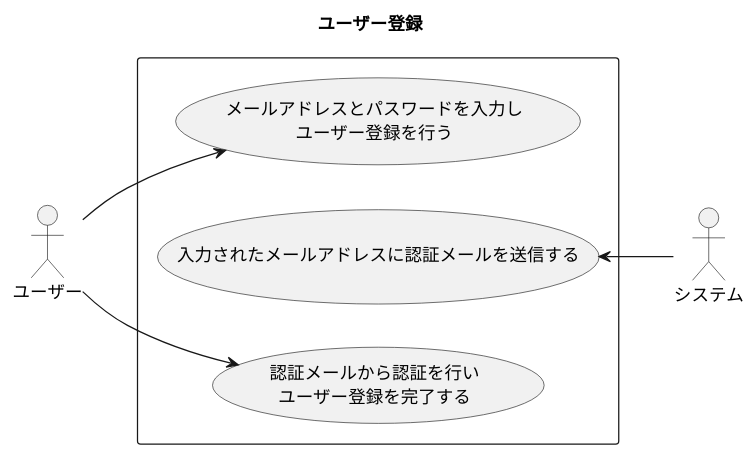
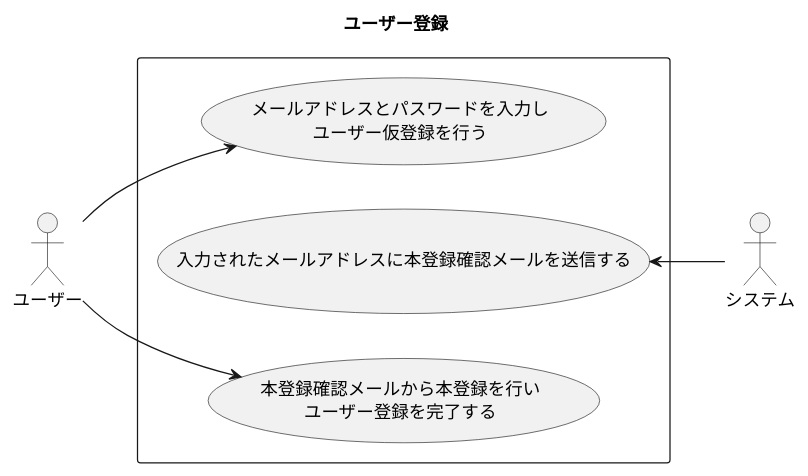
One commit to h-maki2/identityAccess changed the diagram in modelingDiagram/useCaseDiagram/userRegister.pu. Above: the diagram before and after it, drawn with PlantUML. The commit also changed 2 other files, not shown here.

Commit message:
モブプロ解説用にユースケース図とドメインモデル図を修正

```diff
--- a/modelingDiagram/useCaseDiagram/userRegister.pu
+++ b/modelingDiagram/useCaseDiagram/userRegister.pu
@@ -1,11 +1,11 @@
 @startuml
 title ユーザー登録
 left to right direction
 actor ユーザー
 actor システム
 rectangle {
-   ユーザー --> (メールアドレスとパスワードを入力し\nユーザー登録を行う)
-   (入力されたメールアドレスに認証メールを送信する) <-- システム
-   ユーザー --> (認証メールから認証を行い\nユーザー登録を完了する)
+   ユーザー --> (メールアドレスとパスワードを入力し\nユーザー仮登録を行う)
+   (入力されたメールアドレスに本登録確認メールを送信する) <-- システム
+   ユーザー --> (本登録確認メールから本登録を行い\nユーザー登録を完了する)
 }
 @enduml
```
